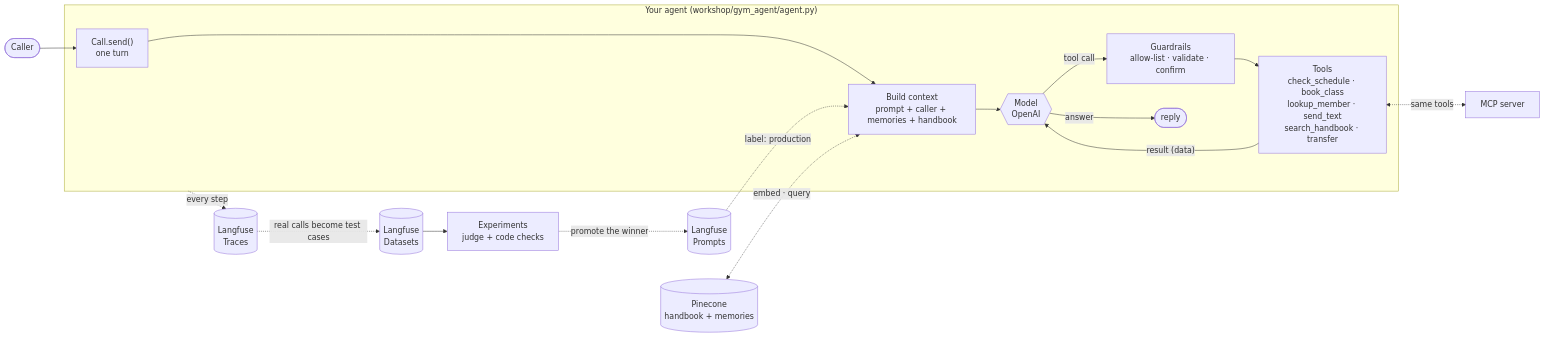
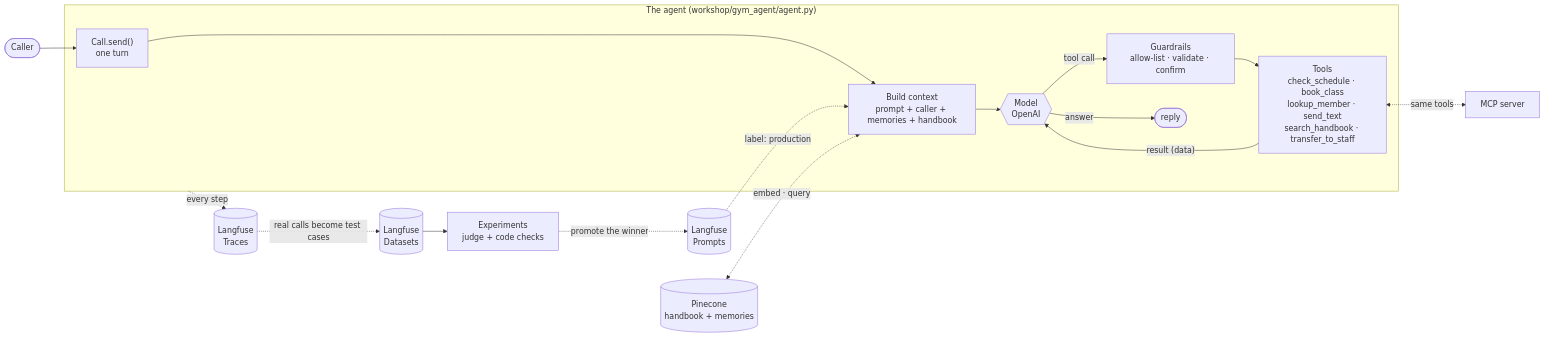
One commit to jasonsheinkopf/LLM-Agents-Workshop changed the diagram in README.md. Above: the diagram before and after it, drawn with Mermaid. The commit also changed other lines of this file and 23 other files, not shown here.

````diff
--- a/README.md
+++ b/README.md
@@ -236,21 +127,21 @@
 ```mermaid
 flowchart LR
     caller([Caller]) --> turn
 
-    subgraph agent["Your agent  (workshop/gym_agent/agent.py)"]
+    subgraph agent["The agent  (workshop/gym_agent/agent.py)"]
         turn["Call.send()<br/>one turn"] --> ctx["Build context<br/>prompt + caller + memories + handbook"]
         ctx --> model{{"Model<br/>OpenAI"}}
         model -- "tool call" --> guard["Guardrails<br/>allow-list · validate · confirm"]
-        guard --> tools["Tools<br/>check_schedule · book_class<br/>lookup_member · send_text<br/>search_handbook · transfer"]
+        guard --> tools["Tools<br/>check_schedule · book_class<br/>lookup_member · send_text<br/>search_handbook · transfer_to_staff"]
         tools -- "result (data)" --> model
         model -- "answer" --> reply([reply])
     end
 
     prompts[("Langfuse<br/>Prompts")] -. "label: production" .-> ctx
     pinecone[("Pinecone<br/>handbook + memories")] <-. "embed · query" .-> ctx
     agent -. "every step" .-> traces[("Langfuse<br/>Traces")]
     traces -. "real calls become test cases" .-> datasets[("Langfuse<br/>Datasets")]
     datasets --> exp["Experiments<br/>judge + code checks"]
     exp -. "promote the winner" .-> prompts
     tools <-. "same tools" .-> mcp["MCP server"]
 ```
````
